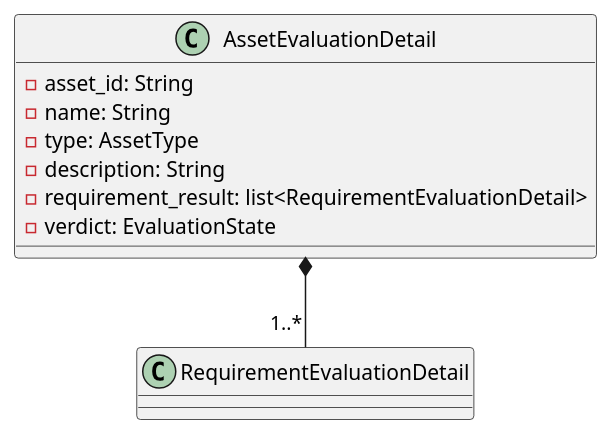
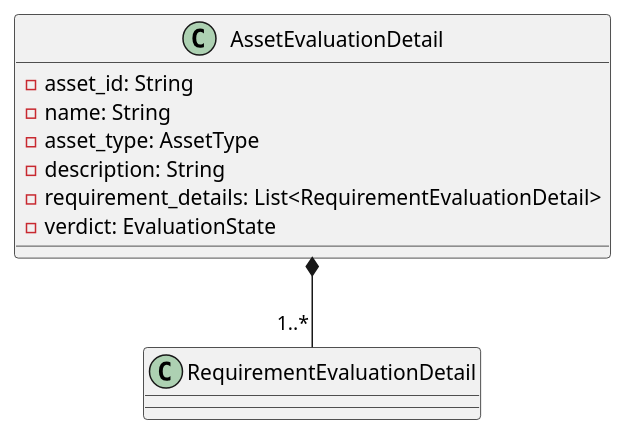
The diagram in src/PB/DocumentazioneEsterna/Specifica_Tecnica/content/uml/puml/Diagrammi_classi/Backend/Domain/AssetEvaluationDetail.puml (GroupRubberDuck/Documentazione), drawn with PlantUML before and after one commit. The commit also changed 24 other files, not shown here.

```diff
--- a/src/PB/DocumentazioneEsterna/Specifica_Tecnica/content/uml/puml/Diagrammi_classi/Backend/Domain/AssetEvaluationDetail.puml
+++ b/src/PB/DocumentazioneEsterna/Specifica_Tecnica/content/uml/puml/Diagrammi_classi/Backend/Domain/AssetEvaluationDetail.puml
@@ -1,14 +1,14 @@
 @startuml AssetEvaluationDetail
 
 class AssetEvaluationDetail {
     - asset_id: String
     - name: String
-    - type: AssetType
+    - asset_type: AssetType
     - description: String
-    - requirement_result: list<RequirementEvaluationDetail>
+    - requirement_details: List<RequirementEvaluationDetail>
     - verdict: EvaluationState
 }
 
 AssetEvaluationDetail *--"1..*" RequirementEvaluationDetail
 
 @enduml
```
